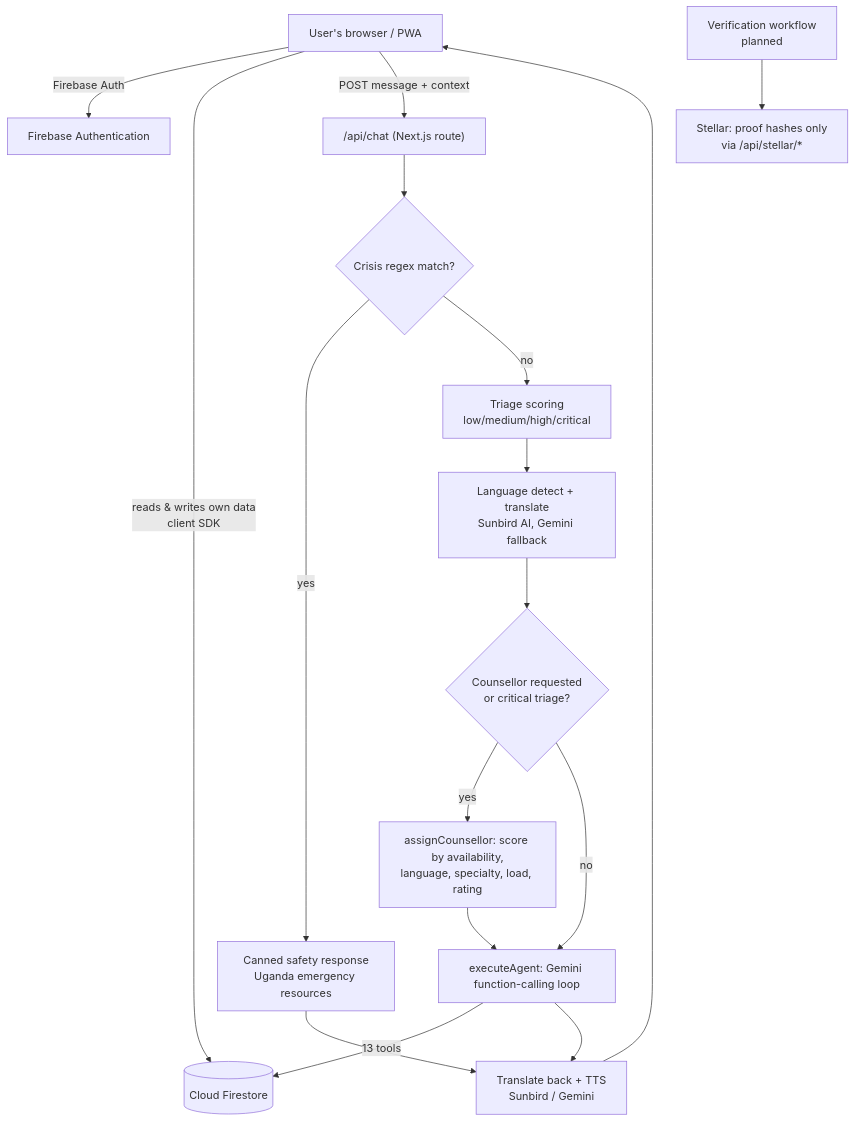
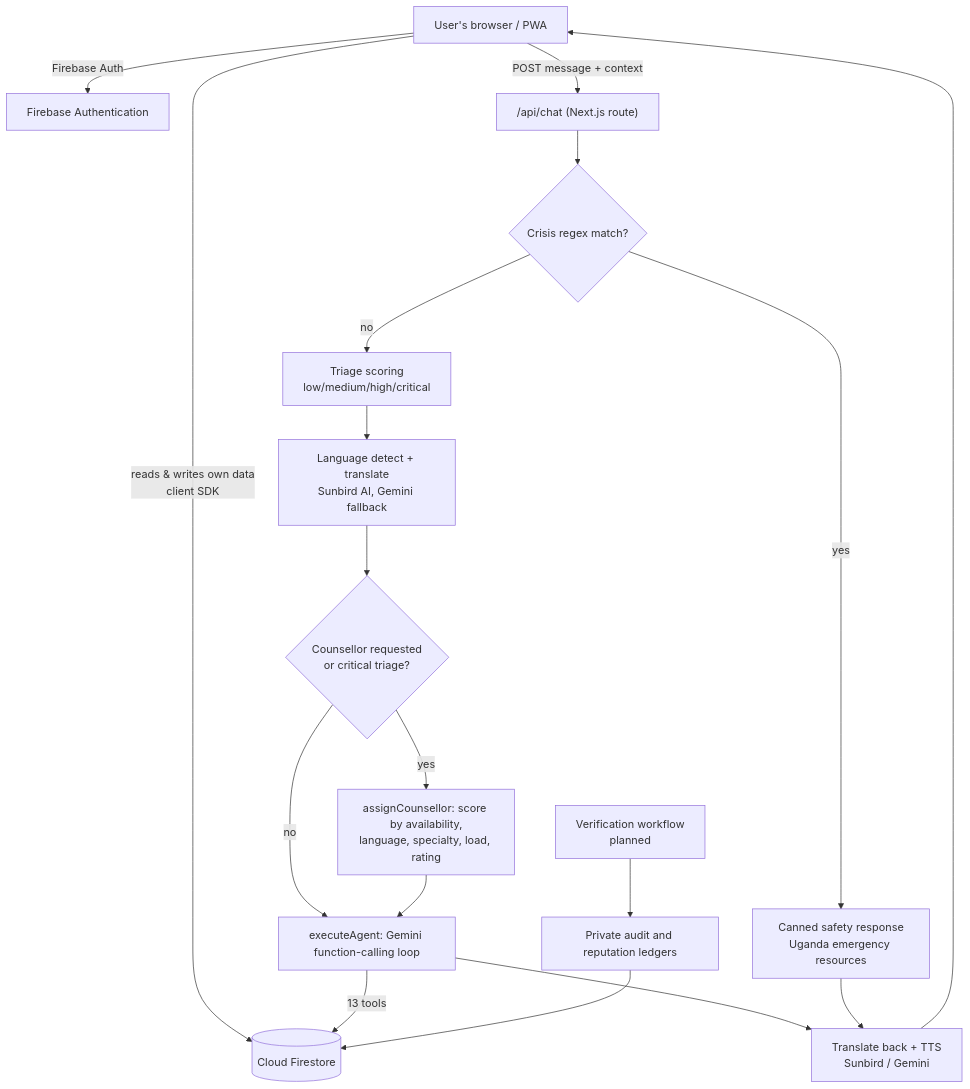
One commit to RockieRaheem/SisterCare changed the diagram in docs/DEVELOPER_GUIDE.md. Above: the diagram before and after it, drawn with Mermaid. The commit also changed other lines of this file and 12 other files, not shown here.

Commit message:
Remove Stellar integration and adopt private audit ledgers

````diff
--- a/docs/DEVELOPER_GUIDE.md
+++ b/docs/DEVELOPER_GUIDE.md
@@ -208,21 +200,22 @@
 ```mermaid
 flowchart TD
     U[User's browser / PWA] -->|Firebase Auth| FA[Firebase Authentication]
     U -->|reads & writes own data<br>client SDK| FS[(Cloud Firestore)]
     U -->|POST message + context| API["/api/chat (Next.js route)"]
 
     API --> CD{Crisis regex match?}
     CD -- yes --> CR[Canned safety response<br>Uganda emergency resources]
     CD -- no --> TR[Triage scoring<br>low/medium/high/critical]
     TR --> LANG[Language detect + translate<br>Sunbird AI, Gemini fallback]
     LANG --> ROUTE{Counsellor requested<br>or critical triage?}
     ROUTE -- yes --> MATCH[assignCounsellor: score by availability,<br>language, specialty, load, rating]
     ROUTE -- no --> AGENT
     MATCH --> AGENT[executeAgent: Gemini function-calling loop]
     AGENT -->|13 tools| FS
     AGENT --> LOC[Translate back + TTS<br>Sunbird / Gemini]
     CR --> LOC
     LOC --> U
 
-    ADMIN[Verification workflow<br>planned] --> ST[Stellar: proof hashes only<br>via /api/stellar/*]
+    ADMIN[Verification workflow<br>planned] --> AUDIT[Private audit and reputation ledgers]
+    AUDIT --> FS
 ```
````
